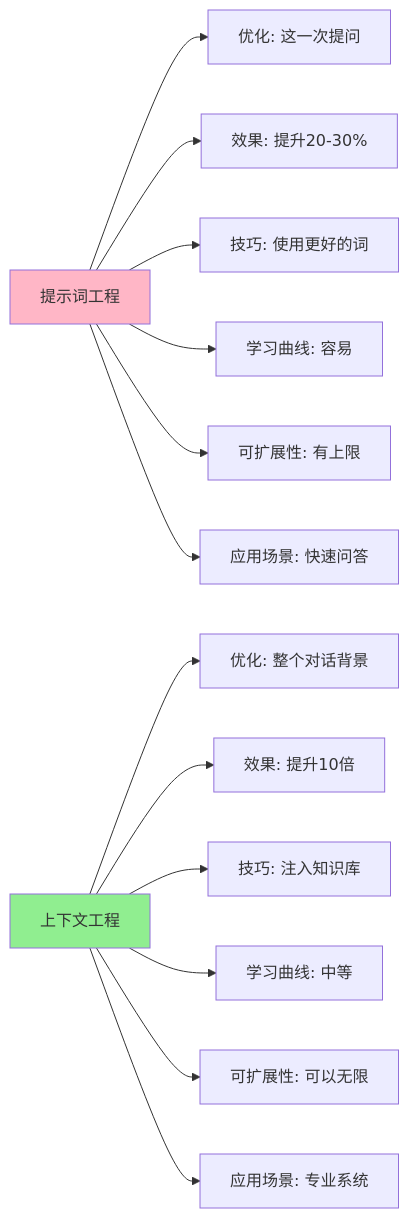
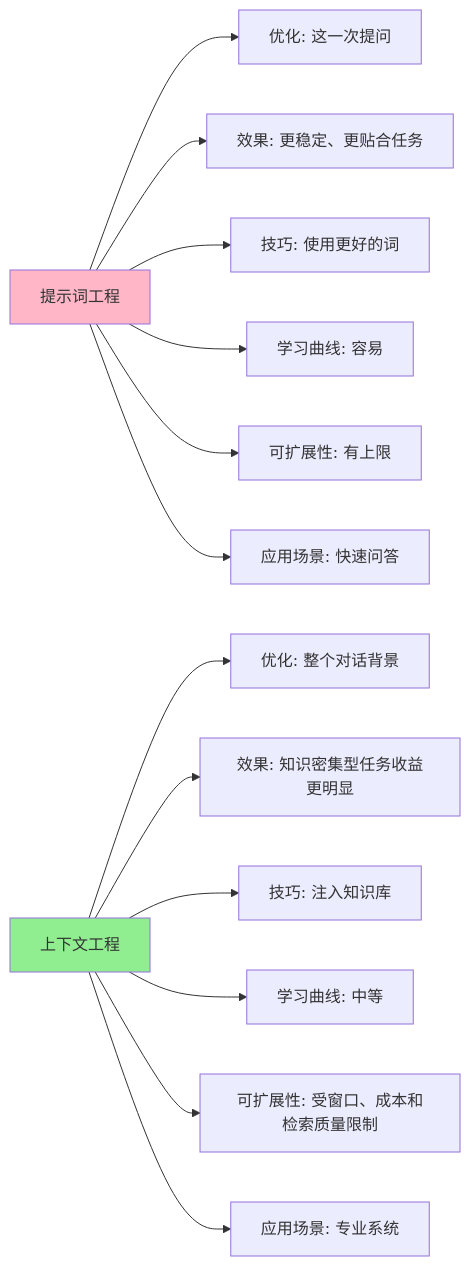
Before and after one commit to changsongyang/ai_beginner_guide: the second of 2 diagrams in 12_prompt_advanced/12.5_context_engineering.md, drawn with Mermaid. The commit also changed 5 other files, not shown here.

````diff
--- a/12_prompt_advanced/12.5_context_engineering.md
+++ b/12_prompt_advanced/12.5_context_engineering.md
@@ -129,24 +129,24 @@
 ```mermaid
 graph LR
     A["提示词工程"]
     A1["优化: 这一次提问"]
-    A2["效果: 提升20-30%"]
+    A2["效果: 更稳定、更贴合任务"]
     A3["技巧: 使用更好的词"]
     A4["学习曲线: 容易"]
     A5["可扩展性: 有上限"]
     A6["应用场景: 快速问答"]
 
     B["上下文工程"]
     B1["优化: 整个对话背景"]
-    B2["效果: 提升10倍"]
+    B2["效果: 知识密集型任务收益更明显"]
     B3["技巧: 注入知识库"]
     B4["学习曲线: 中等"]
-    B5["可扩展性: 可以无限"]
+    B5["可扩展性: 受窗口、成本和检索质量限制"]
     B6["应用场景: 专业系统"]
 
     A --> A1 & A2 & A3 & A4 & A5 & A6
     B --> B1 & B2 & B3 & B4 & B5 & B6
 
     style A fill:#FFB6C6
     style B fill:#90EE90
 ```
````
